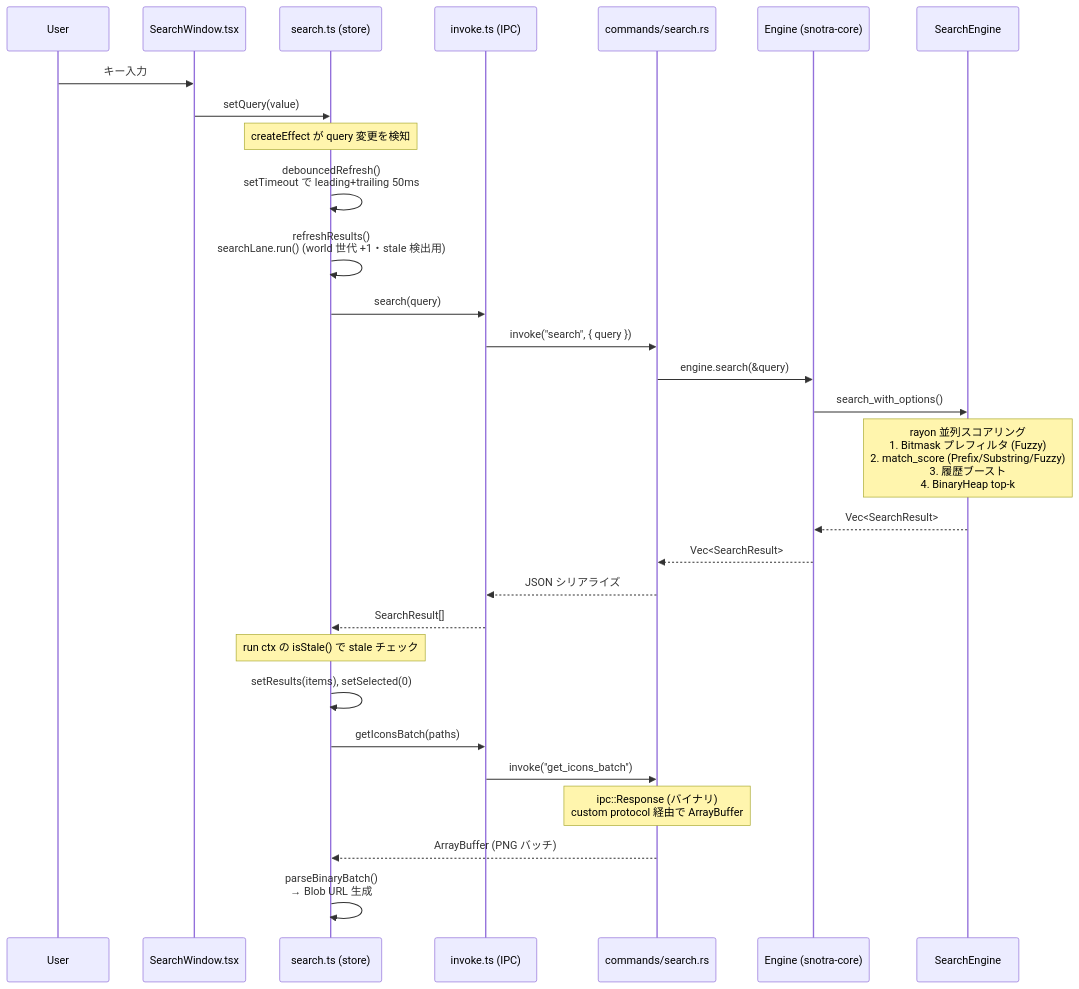
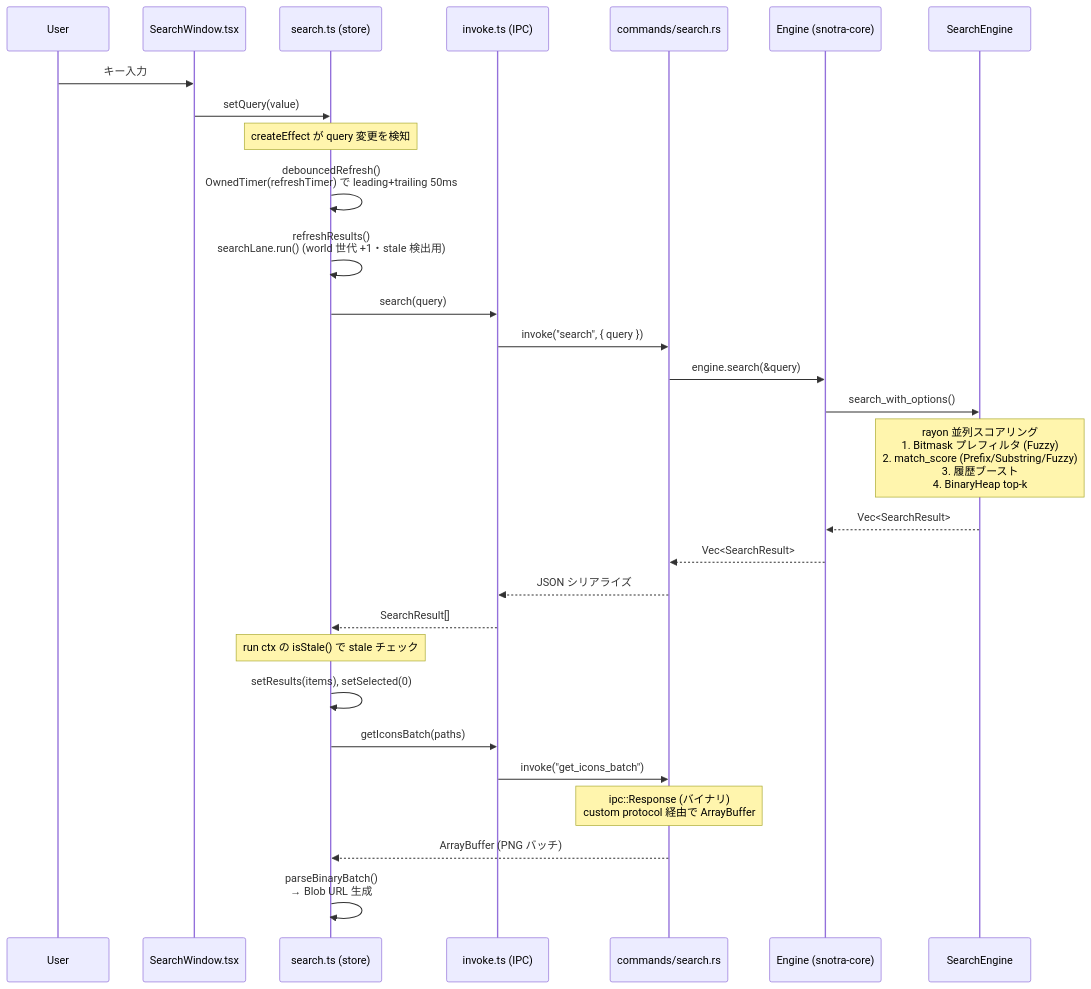
Before and after one commit to finelagusaz/Snotra: the diagram in docs/architecture.md, drawn with Mermaid. The commit also changed 7 other files, not shown here.

Commit message:
refactor(ui): 検索/instant の生タイマーを所有 OwnedTimer primitive に統合 (#543)

````diff
--- a/docs/architecture.md
+++ b/docs/architecture.md
@@ -171,42 +171,42 @@
 ```mermaid
 sequenceDiagram
     participant User
     participant SW as SearchWindow.tsx
     participant SS as search.ts (store)
     participant API as invoke.ts (IPC)
     participant Cmd as commands/search.rs
     participant Eng as Engine (snotra-core)
     participant SE as SearchEngine
 
     User->>SW: キー入力
     SW->>SS: setQuery(value)
 
     Note over SS: createEffect が query 変更を検知
 
-    SS->>SS: debouncedRefresh()<br/>setTimeout で leading+trailing 50ms
+    SS->>SS: debouncedRefresh()<br/>OwnedTimer(refreshTimer) で leading+trailing 50ms
 
     SS->>SS: refreshResults()<br/>searchLane.run() (world 世代 +1・stale 検出用)
     SS->>API: search(query)
     API->>Cmd: invoke("search", { query })
     Cmd->>Eng: engine.search(&query)
     Eng->>SE: search_with_options()
 
     Note over SE: rayon 並列スコアリング<br/>1. Bitmask プレフィルタ (Fuzzy)<br/>2. match_score (Prefix/Substring/Fuzzy)<br/>3. 履歴ブースト<br/>4. BinaryHeap top-k
 
     SE-->>Eng: Vec<SearchResult>
     Eng-->>Cmd: Vec<SearchResult>
     Cmd-->>API: JSON シリアライズ
     API-->>SS: SearchResult[]
 
     Note over SS: run ctx の isStale() で stale チェック
 
     SS->>SS: setResults(items), setSelected(0)
 
     SS->>API: getIconsBatch(paths)
     API->>Cmd: invoke("get_icons_batch")
 
     Note over Cmd: ipc::Response (バイナリ)<br/>custom protocol 経由で ArrayBuffer
 
     Cmd-->>SS: ArrayBuffer (PNG バッチ)
     SS->>SS: parseBinaryBatch()<br/>→ Blob URL 生成
 ```
````
